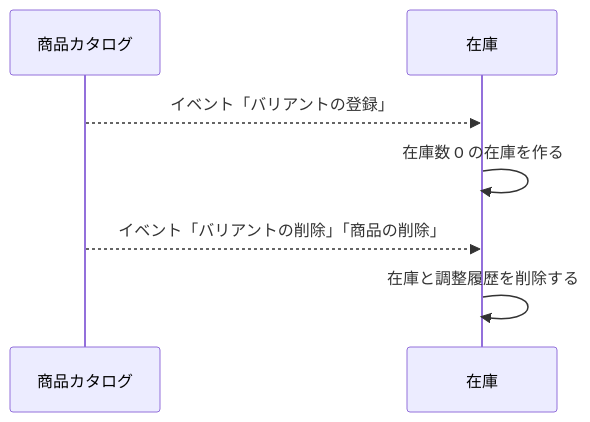
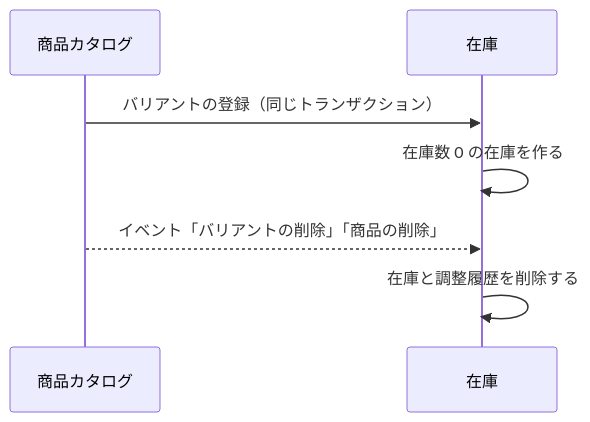
One commit to roger88106/ec-site changed the first of 2 diagrams in docs/02-設計/inventory.md. Above: the diagram before and after it, drawn with Mermaid. The commit also changed other lines of this file and 3 other files, not shown here.

````diff
--- a/docs/02-設計/inventory.md
+++ b/docs/02-設計/inventory.md
@@ -29,9 +29,9 @@
 ```mermaid
 sequenceDiagram
     participant C as 商品カタログ
     participant I as 在庫
-    C-->>I: イベント「バリアントの登録」
+    C->>I: バリアントの登録（同じトランザクション）
     I->>I: 在庫数 0 の在庫を作る
     C-->>I: イベント「バリアントの削除」「商品の削除」
     I->>I: 在庫と調整履歴を削除する
 ```
````
